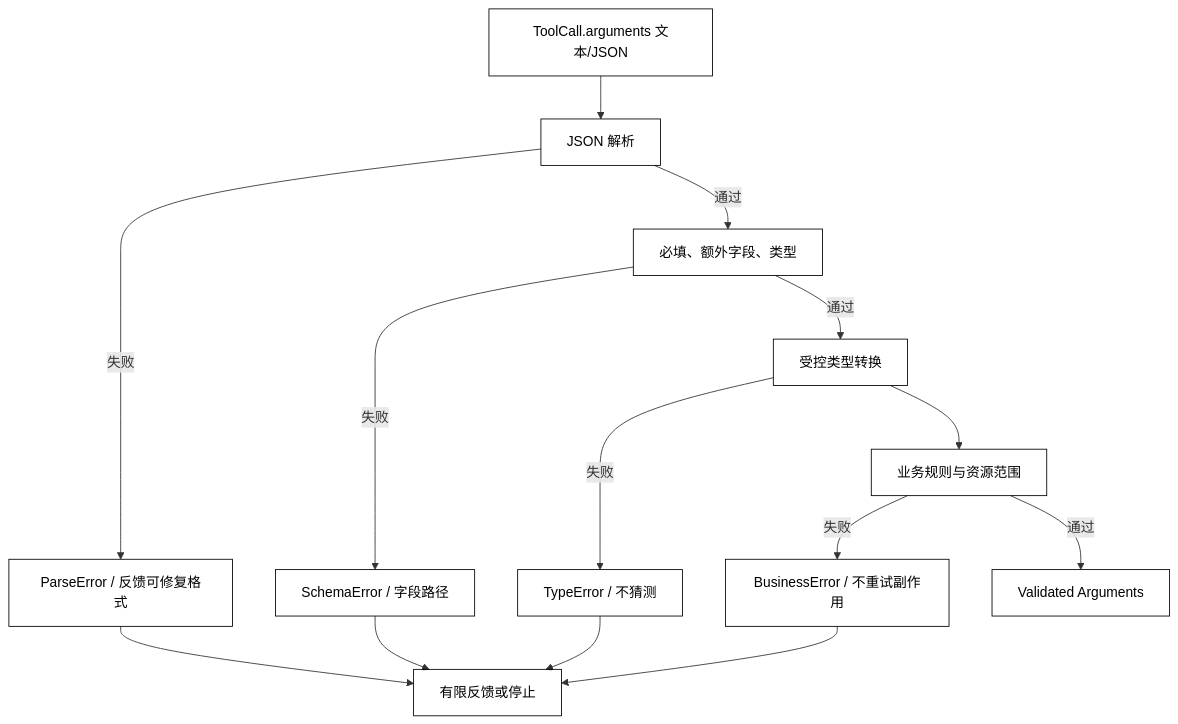
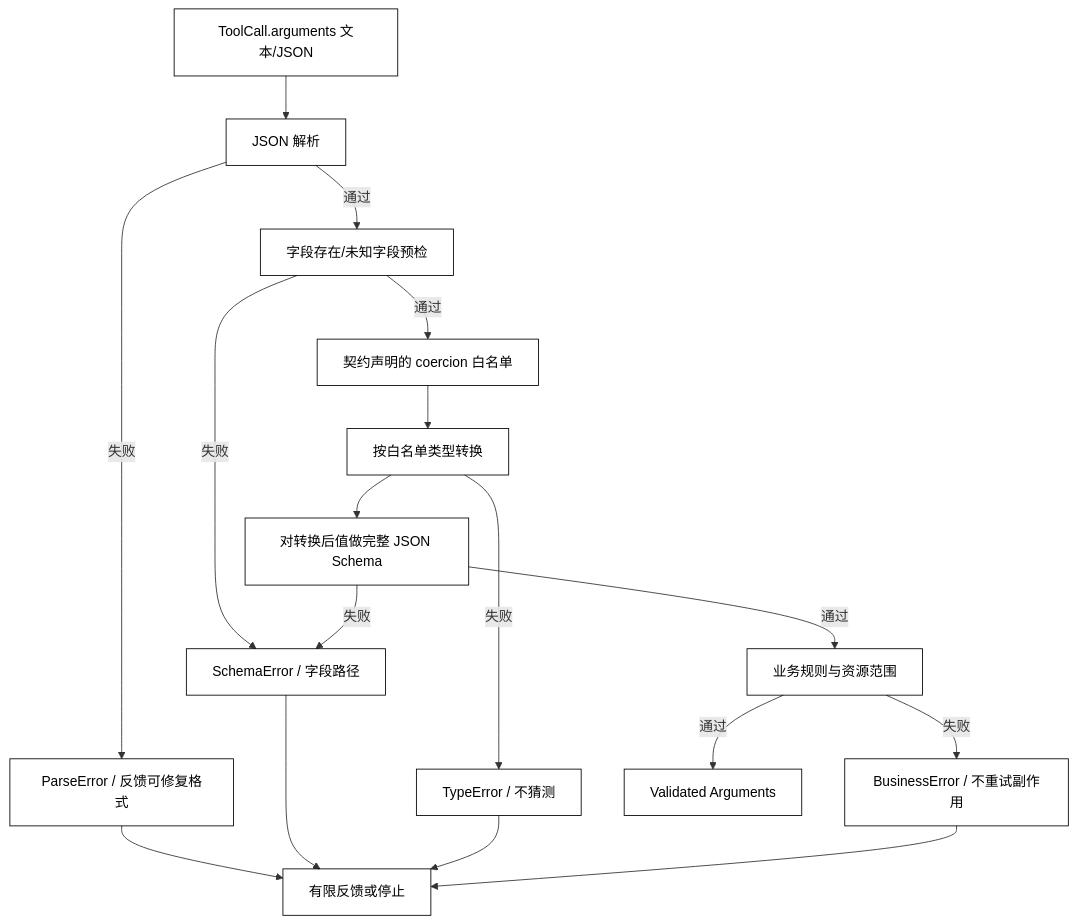
One commit to clint-sfy/clintsfy.github.io changed the diagram in docs/courses/agent/04-Tool-Calling与Agent-Loop/04-参数校验类型转换与错误反馈.md. Above: the diagram before and after it, drawn with Mermaid. The commit also changed other lines of this file and 5 other files, not shown here.

````diff
--- a/docs/courses/agent/04-Tool-Calling与Agent-Loop/04-参数校验类型转换与错误反馈.md
+++ b/docs/courses/agent/04-Tool-Calling与Agent-Loop/04-参数校验类型转换与错误反馈.md
@@ -29,19 +29,22 @@
 ```mermaid
 flowchart TD
     Raw["ToolCall.arguments 文本/JSON"] --> Parse["JSON 解析"]
     Parse -->|失败| ParseError["ParseError / 反馈可修复格式"]
-    Parse -->|通过| Shape["必填、额外字段、类型"]
-    Shape -->|失败| SchemaError["SchemaError / 字段路径"]
-    Shape -->|通过| Convert["受控类型转换"]
+    Parse -->|通过| Preflight["字段存在/未知字段预检"]
+    Preflight -->|失败| SchemaError["SchemaError / 字段路径"]
+    Preflight -->|通过| Contract["契约声明的 coercion 白名单"]
+    Contract --> Convert["按白名单类型转换"]
     Convert -->|失败| TypeError["TypeError / 不猜测"]
-    Convert --> Business["业务规则与资源范围"]
+    Convert --> FullSchema["对转换后值做完整 JSON Schema"]
+    FullSchema -->|失败| SchemaError
+    FullSchema -->|通过| Business["业务规则与资源范围"]
     Business -->|失败| BusinessError["BusinessError / 不重试副作用"]
     Business -->|通过| Ready["Validated Arguments"]
     ParseError --> Feedback["有限反馈或停止"]
     SchemaError --> Feedback
     TypeError --> Feedback
     BusinessError --> Feedback
 
     classDef core fill:transparent,stroke:currentColor,color:currentColor,stroke-width:1px;
-    class Raw,Parse,ParseError,Shape,SchemaError,Convert,TypeError,Business,BusinessError,Ready,Feedback core;
+    class Raw,Parse,ParseError,Preflight,SchemaError,Contract,Convert,TypeError,FullSchema,Business,BusinessError,Ready,Feedback core;
 ```
````
